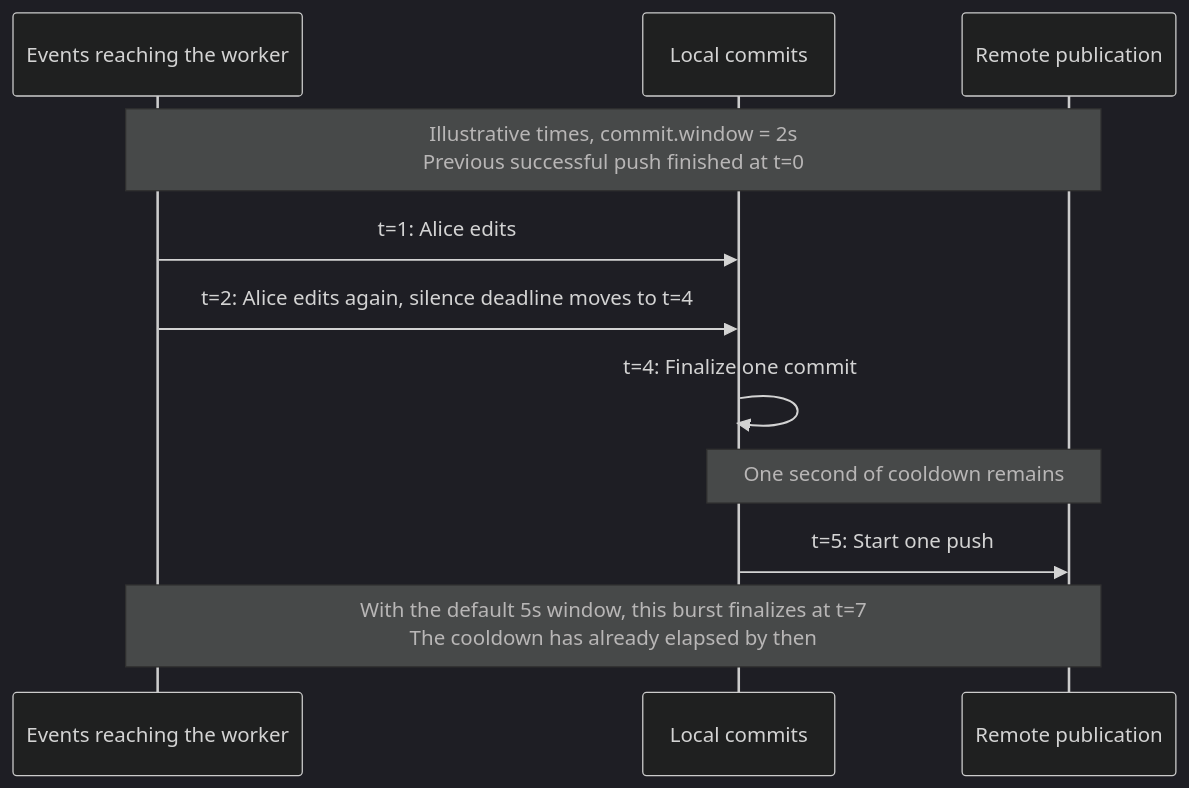
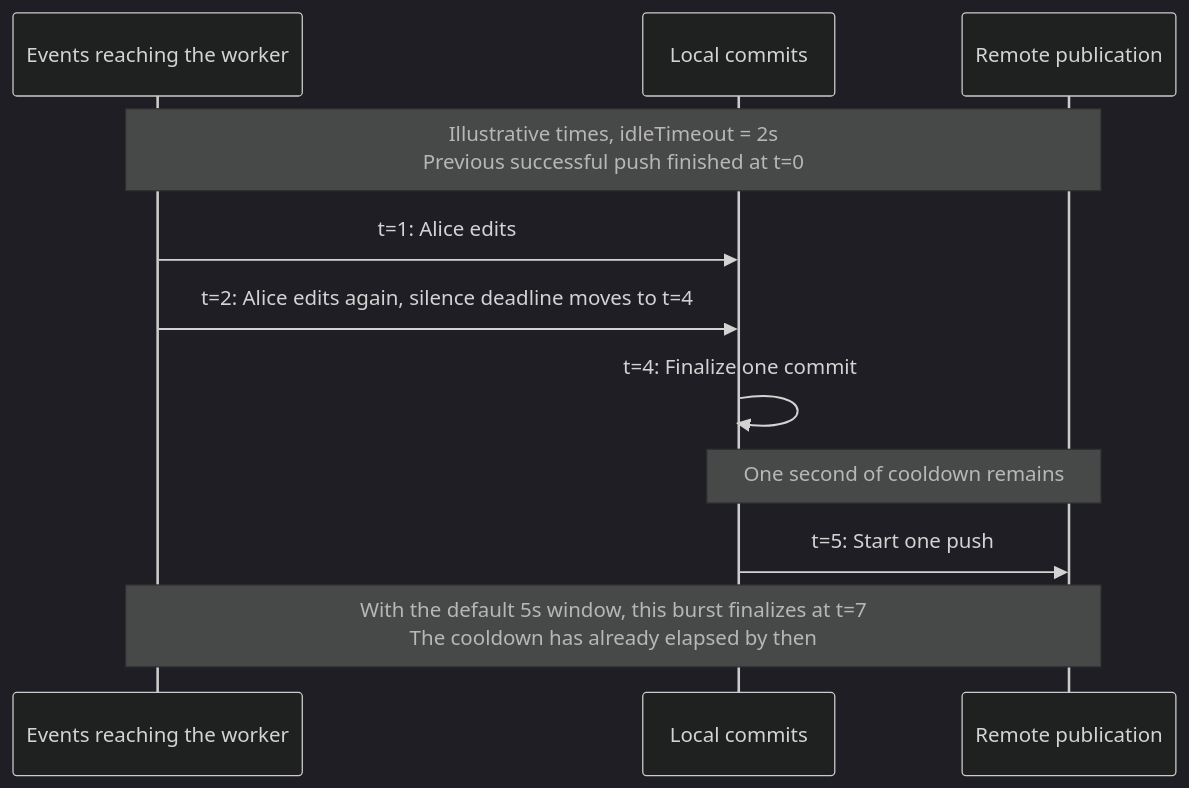
One commit to ConfigButler/gitops-reverser changed the third of 5 diagrams in docs/api-first-publication.md. Above: the diagram before and after it, drawn with Mermaid (dark theme). The commit also changed other lines of this file and 70 other files, not shown here.

First line of the commit message:
feat(commit)!: one commit window surface for targets and saves (#404)

````diff
--- a/docs/api-first-publication.md
+++ b/docs/api-first-publication.md
@@ -150,14 +151,14 @@
 ```mermaid
 sequenceDiagram
     participant E as Events reaching the worker
     participant C as Local commits
     participant P as Remote publication
 
-    Note over E,P: Illustrative times, commit.window = 2s<br/>Previous successful push finished at t=0
+    Note over E,P: Illustrative times, idleTimeout = 2s<br/>Previous successful push finished at t=0
     E->>C: t=1: Alice edits
     E->>C: t=2: Alice edits again, silence deadline moves to t=4
     C->>C: t=4: Finalize one commit
     Note over C,P: One second of cooldown remains
     C->>P: t=5: Start one push
     Note over E,P: With the default 5s window, this burst finalizes at t=7<br/>The cooldown has already elapsed by then
 ```
````
